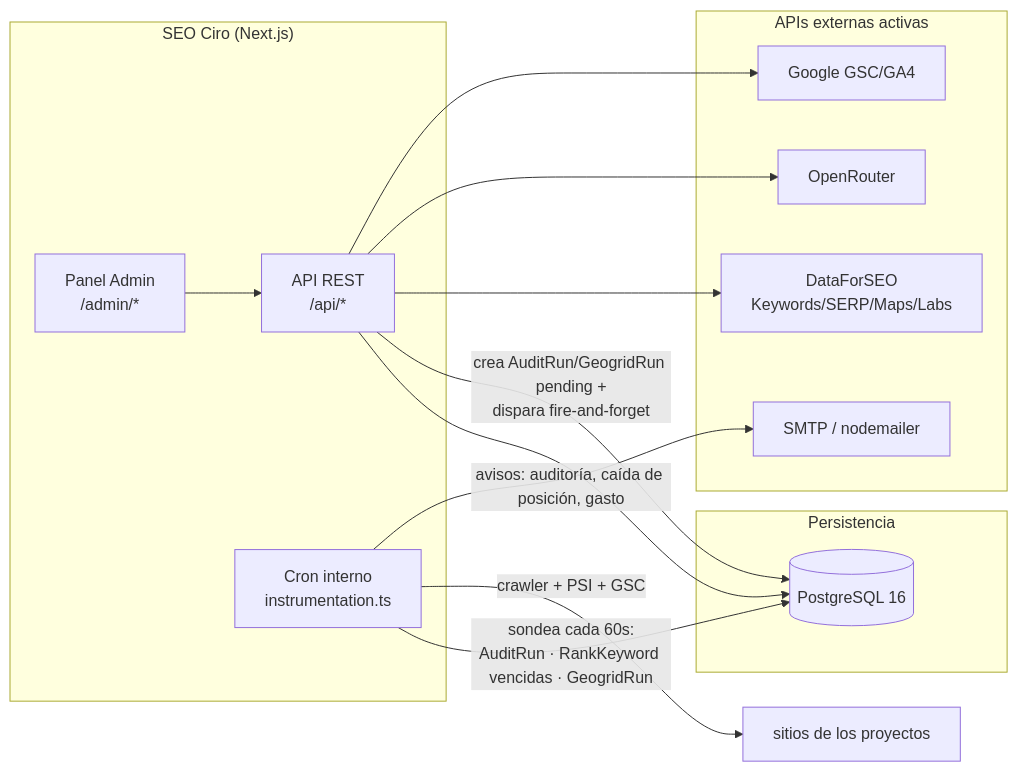
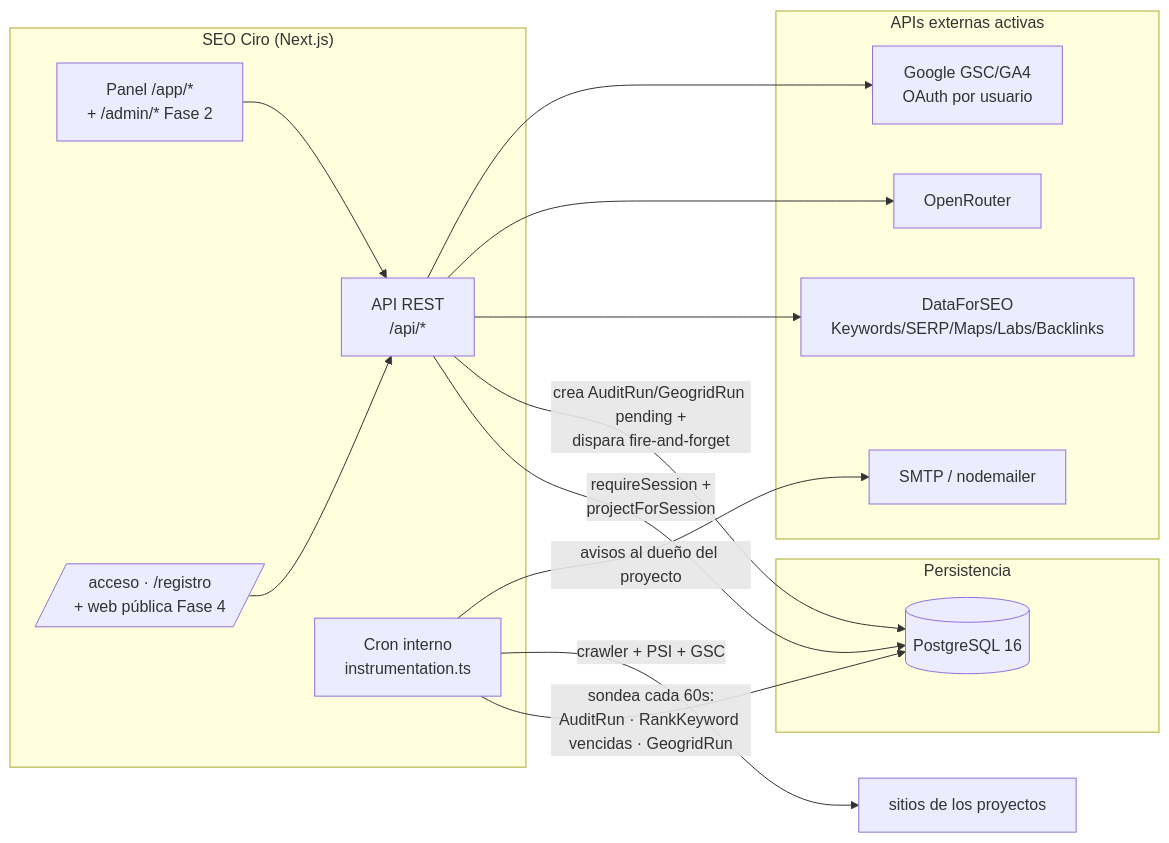
One commit to OmarPumariega/crawlea changed the diagram in docs/02-arquitectura.md. Above: the diagram before and after it, drawn with Mermaid. The commit also changed other lines of this file and 9 other files, not shown here.

First line of the commit message:
Docs: protocolo de trabajo y roadmap SaaS para colaboración multi-agente

````diff
--- a/docs/02-arquitectura.md
+++ b/docs/02-arquitectura.md
@@ -11,29 +14,31 @@
 ```mermaid
 flowchart LR
     subgraph "SEO Ciro (Next.js)"
-        ADM[Panel Admin<br/>/admin/*]
+        ADM[Panel /app/*<br/>+ /admin/* Fase 2]
+        PUB[/acceso · /registro<br/>+ web pública Fase 4/]
         API[API REST<br/>/api/*]
         CRON[Cron interno<br/>instrumentation.ts]
     end
 
     subgraph "Persistencia"
         DB[(PostgreSQL 16)]
     end
 
     subgraph "APIs externas activas"
-        EXT[DataForSEO<br/>Keywords/SERP/Maps/Labs]
+        EXT[DataForSEO<br/>Keywords/SERP/Maps/Labs/Backlinks]
         LLM[OpenRouter]
-        GOO[Google GSC/GA4]
+        GOO[Google GSC/GA4<br/>OAuth por usuario]
         SMTP[SMTP / nodemailer]
     end
 
     ADM --> API
-    API --> DB
+    PUB --> API
+    API -->|requireSession +<br/>projectForSession| DB
     API -->|crea AuditRun/GeogridRun pending +<br/>dispara fire-and-forget| DB
     CRON -->|sondea cada 60s:<br/>AuditRun · RankKeyword vencidas · GeogridRun| DB
     CRON -->|crawler + PSI + GSC| WEB[sitios de los proyectos]
-    CRON -->|avisos: auditoría, caída de posición, gasto| SMTP
+    CRON -->|avisos al dueño del proyecto| SMTP
     API --> EXT
     API --> LLM
     API --> GOO
 ```
````
